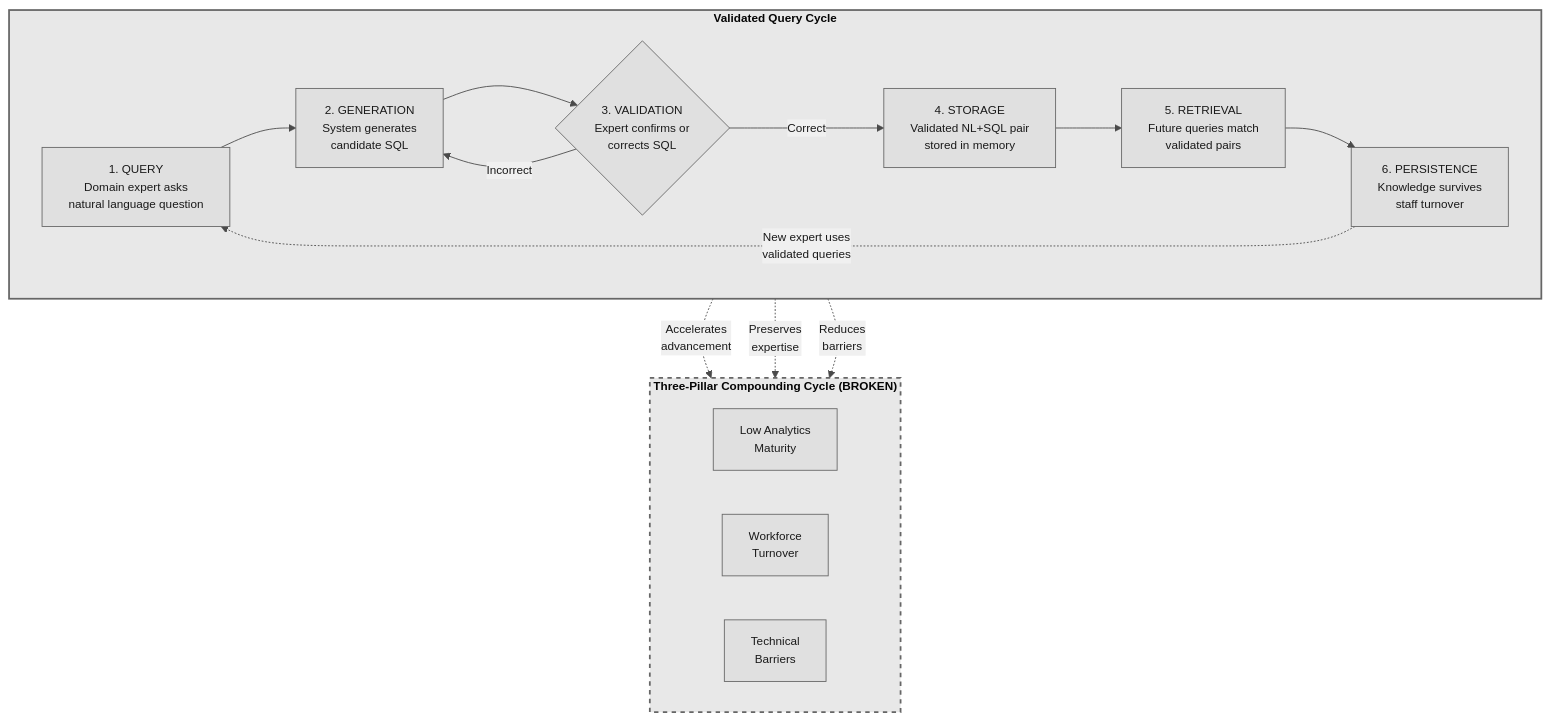
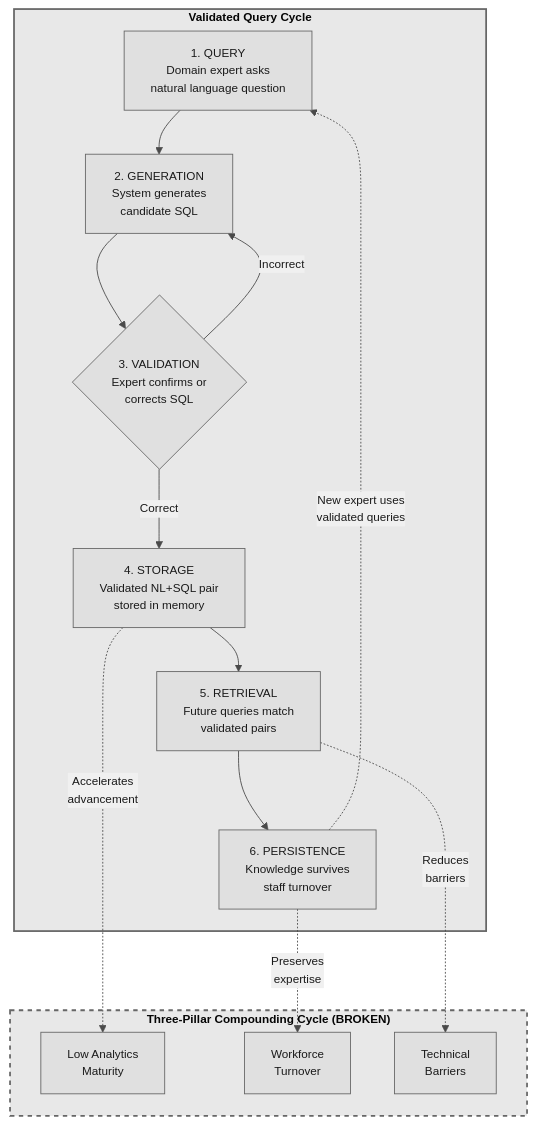
The diagram in figures/knowledge-cycle.mmd (stharrold/yuimedi-paper-20250901), drawn with Mermaid before and after one commit. The commit also changed 2 other files, not shown here.

Commit message:
style(figures): remove ignored LR directives, reduce Figure 2 to 50% width
🤖 Generated with [Claude Code](https://claude.com/claude-code)

```diff
--- a/figures/knowledge-cycle.mmd
+++ b/figures/knowledge-cycle.mmd
@@ -1,39 +1,37 @@
 %%{init: {'theme': 'base', 'flowchart': {'useMaxWidth': false, 'markdownAutoWrap': false}, 'themeVariables': { 'primaryColor': '#e0e0e0', 'primaryTextColor': '#1a1a1a', 'primaryBorderColor': '#666', 'lineColor': '#4a4a4a', 'secondaryColor': '#f0f0f0', 'tertiaryColor': '#fafafa', 'fontFamily': 'Arial, sans-serif', 'fontSize': '10pt'}}}%%
 flowchart TB
     %% Validated Query Cycle - Knowledge Preservation Mechanism
     %% Shows how validated NL+SQL pairs break the three-pillar compounding cycle
 
     subgraph CYCLE["<b>Validated Query Cycle</b>"]
-        direction LR
         Q["1. QUERY<br/>Domain expert asks<br/>natural language question"]
         G["2. GENERATION<br/>System generates<br/>candidate SQL"]
         V{"3. VALIDATION<br/>Expert confirms or<br/>corrects SQL"}
         S["4. STORAGE<br/>Validated NL+SQL pair<br/>stored in memory"]
         R["5. RETRIEVAL<br/>Future queries match<br/>validated pairs"]
         P["6. PERSISTENCE<br/>Knowledge survives<br/>staff turnover"]
     end
 
     subgraph PILLARS["<b>Three-Pillar Compounding Cycle (BROKEN)</b>"]
-        direction LR
         M["Low Analytics<br/>Maturity"]
         T["Workforce<br/>Turnover"]
         B["Technical<br/>Barriers"]
     end
 
     %% Main cycle flow (left to right)
     Q --> G
     G --> V
     V -->|"Correct"| S
     V -->|"Incorrect"| G
     S --> R
     R --> P
     P -.->|"New expert uses<br/>validated queries"| Q
 
     %% How cycle breaks each pillar (vertical connections)
     S -.->|"Accelerates<br/>advancement"| M
     P -.->|"Preserves<br/>expertise"| T
     R -.->|"Reduces<br/>barriers"| B
 
     %% Styling - Grayscale
     style CYCLE fill:#e8e8e8,stroke:#666,stroke-width:2px
     style PILLARS fill:#e8e8e8,stroke:#666,stroke-width:2px,stroke-dasharray:5 5
```
